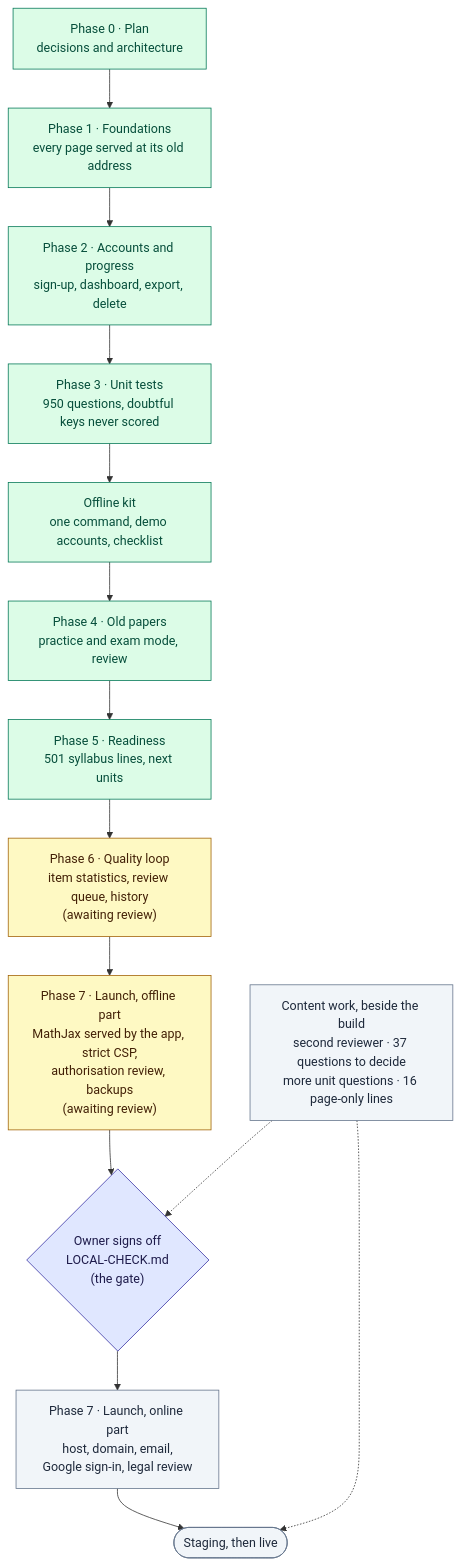
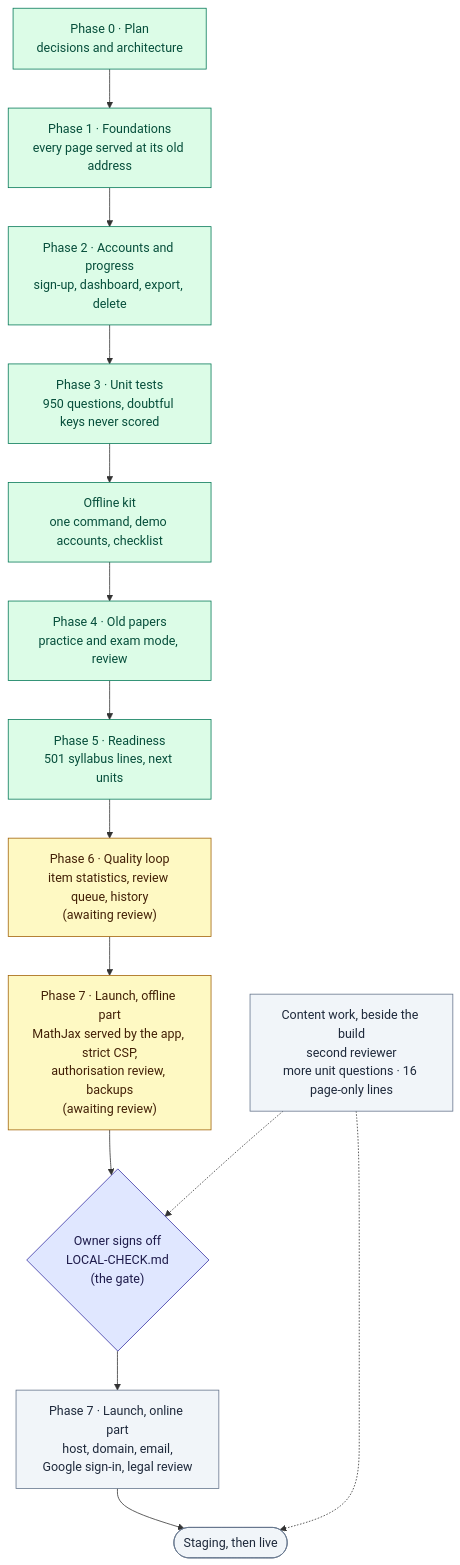
One commit to nrstatlab/planning-for-future changed the diagram in Webapp/PROJECT-STATUS.md. Above: the diagram before and after it, drawn with Mermaid. The commit also changed other lines of this file and 2 other files, not shown here.

First line of the commit message:
Webapp: the review queue settled (ARCHITECTURE §19, launch plan, project status)

````diff
--- a/Webapp/PROJECT-STATUS.md
+++ b/Webapp/PROJECT-STATUS.md
@@ -21,22 +21,22 @@
 ```mermaid
 flowchart TB
   P0["Phase 0 · Plan<br/>decisions and architecture"]:::done --> P1
   P1["Phase 1 · Foundations<br/>every page served at its old address"]:::done --> P2
   P2["Phase 2 · Accounts and progress<br/>sign-up, dashboard, export, delete"]:::done --> P3
   P3["Phase 3 · Unit tests<br/>950 questions, doubtful keys never scored"]:::done --> KIT
   KIT["Offline kit<br/>one command, demo accounts, checklist"]:::done --> P4
   P4["Phase 4 · Old papers<br/>practice and exam mode, review"]:::done --> P5
   P5["Phase 5 · Readiness<br/>501 syllabus lines, next units"]:::done --> P6
   P6["Phase 6 · Quality loop<br/>item statistics, review queue, history<br/>(awaiting review)"]:::review --> P7A
   P7A["Phase 7 · Launch, offline part<br/>MathJax served by the app, strict CSP,<br/>authorisation review, backups<br/>(awaiting review)"]:::review --> SIGN
   SIGN{"Owner signs off<br/>LOCAL-CHECK.md<br/>(the gate)"}:::gate --> P7B
   P7B["Phase 7 · Launch, online part<br/>host, domain, email,<br/>Google sign-in, legal review"]:::todo --> LIVE
   LIVE(["Staging, then live"]):::todo
-  C["Content work, beside the build<br/>second reviewer · 37 questions to decide<br/>more unit questions · 16 page-only lines"]:::todo -.-> SIGN
+  C["Content work, beside the build<br/>second reviewer<br/>more unit questions · 16 page-only lines"]:::todo -.-> SIGN
   C -.-> LIVE
 
   classDef done fill:#dcfce7,stroke:#047857,color:#064e3b
   classDef review fill:#fef9c3,stroke:#a16207,color:#422006
   classDef gate fill:#e0e7ff,stroke:#3730a3,color:#1e1b4b
   classDef todo fill:#f1f5f9,stroke:#64748b,color:#1e293b
 ```
````
